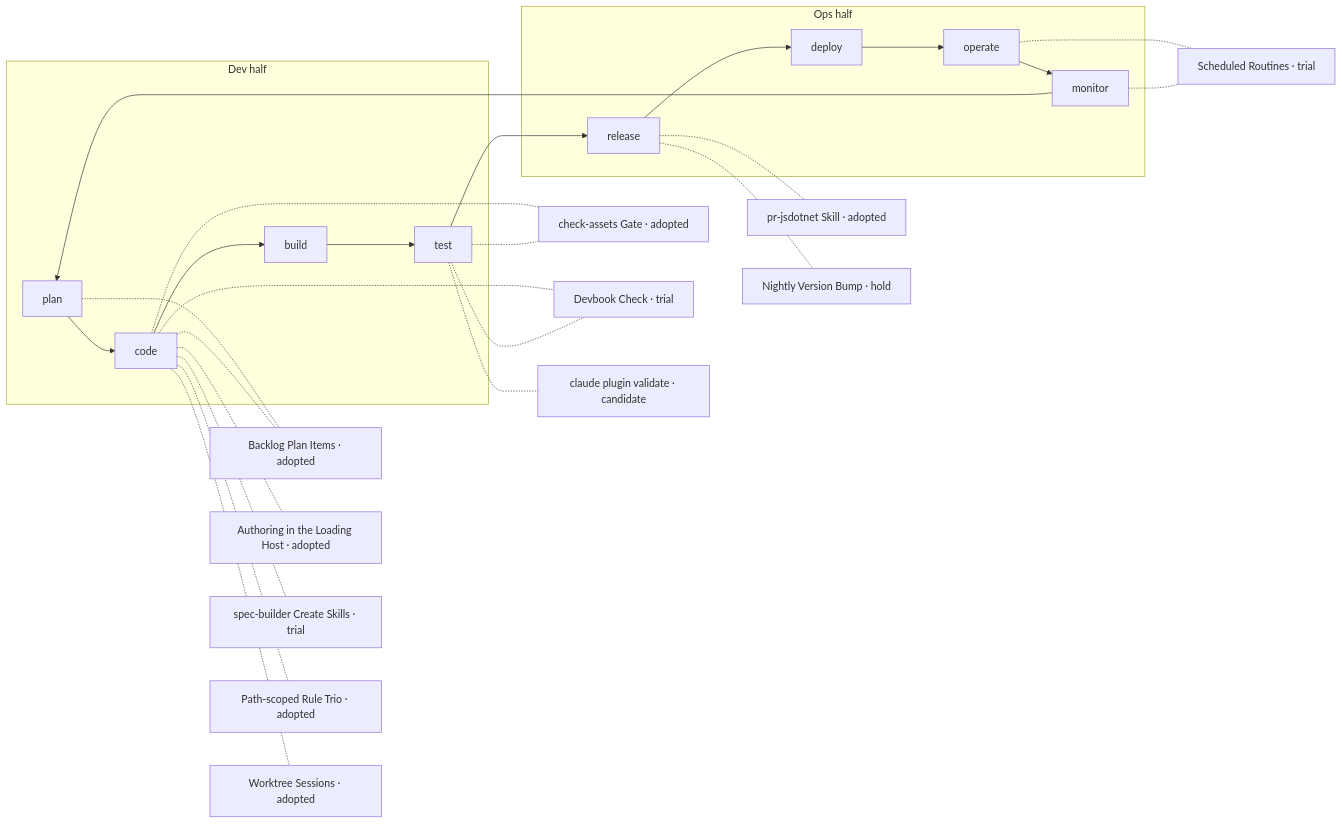
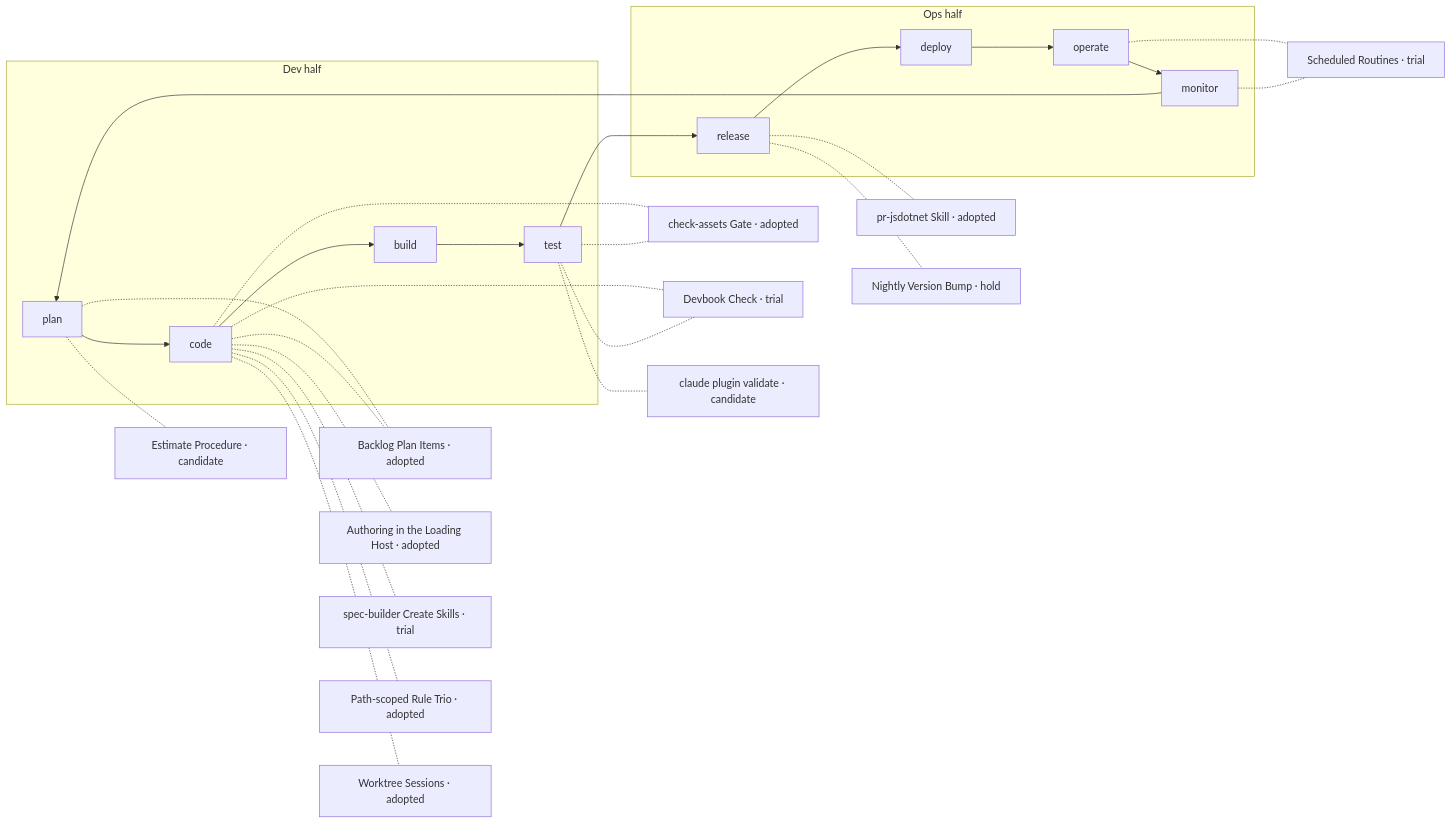
The diagram in .devbook/ai/adoption-map.md (JSdotNet/ai-plugins), drawn with Mermaid before and after one commit. The commit also changed other lines of this file and 1 other file, not shown here.

First line of the commit message:
docs(ai): record the estimate procedure as a candidate at plan

````diff
--- a/.devbook/ai/adoption-map.md
+++ b/.devbook/ai/adoption-map.md
@@ -26,32 +26,33 @@
 ```mermaid
 flowchart LR
     subgraph dev[Dev half]
         plan[plan]
         code[code]
         build[build]
         test[test]
     end
     subgraph ops[Ops half]
         release[release]
         deploy[deploy]
         operate[operate]
         monitor[monitor]
     end
     plan --> code --> build --> test --> release --> deploy --> operate --> monitor --> plan
 
     plan -.- backlog["Backlog Plan Items · adopted"]
+    plan -.- estimate["Estimate Procedure · candidate"]
     code -.- backlog
     code -.- host["Authoring in the Loading Host · adopted"]
     code -.- create["spec-builder Create Skills · trial"]
     code -.- trio["Path-scoped Rule Trio · adopted"]
     code -.- worktree["Worktree Sessions · adopted"]
     code -.- gate["check-assets Gate · adopted"]
     code -.- devbook["Devbook Check · trial"]
     test -.- gate
     test -.- devbook
     test -.- validate["claude plugin validate · candidate"]
     release -.- pr["pr-jsdotnet Skill · adopted"]
     release -.- bump["Nightly Version Bump · hold"]
     operate -.- routines["Scheduled Routines · trial"]
     monitor -.- routines
 ```
````
